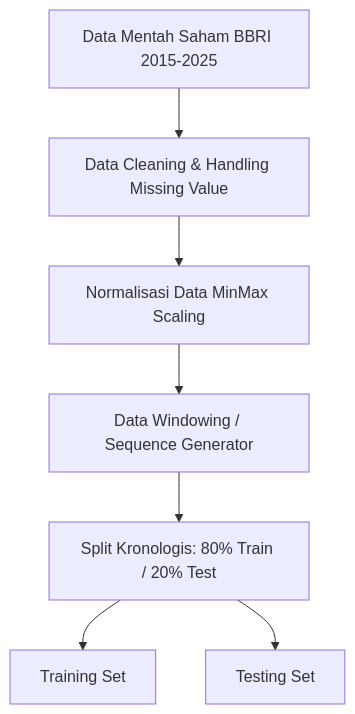
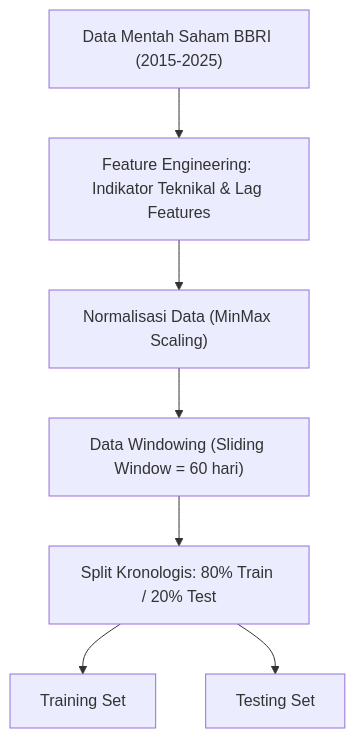
The first of 3 diagrams in riset-directory/03-teori/arsitektur-dan-skema.md (yuriya-dev/rti-20252-240202889), drawn with Mermaid before and after one commit. The commit also changed other lines of this file and 197 other files, not shown here.

````diff
--- a/riset-directory/03-teori/arsitektur-dan-skema.md
+++ b/riset-directory/03-teori/arsitektur-dan-skema.md
@@ -7,9 +7,9 @@
 ```mermaid
 graph TD
-    A[Data Mentah Saham BBRI 2015-2025] --> B[Data Cleaning & Handling Missing Value]
-    B --> C[Normalisasi Data MinMax Scaling]
-    C --> D[Data Windowing / Sequence Generator]
-    D --> E[Split Kronologis: 80% Train / 20% Test]
-    E --> F[Training Set]
-    E --> G[Testing Set]
+    A["Data Mentah Saham BBRI (2015-2025)"] --> B["Feature Engineering: Indikator Teknikal & Lag Features"]
+    B --> C["Normalisasi Data (MinMax Scaling)"]
+    C --> D["Data Windowing (Sliding Window = 60 hari)"]
+    D --> E["Split Kronologis: 80% Train / 20% Test"]
+    E --> F["Training Set"]
+    E --> G["Testing Set"]
 ```
````
